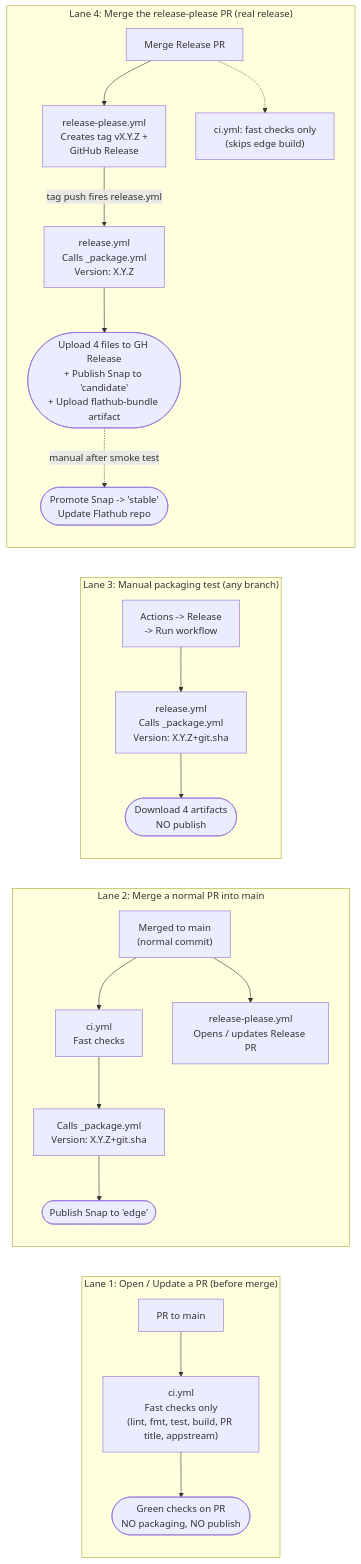
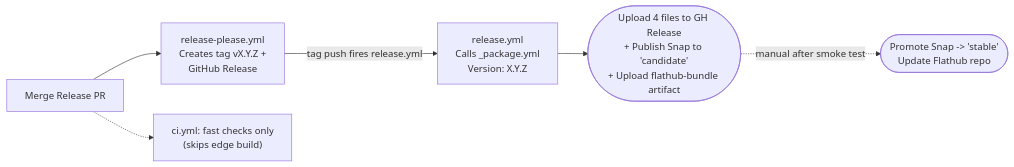
Before and after one commit to ariyadey/capturist: the third of 5 diagrams in docs/ci-cd-flow.md, drawn with Mermaid. The commit also changed other lines of this file, not shown here.

Commit message:
docs: reorder and separate CI/CD flow diagram lanes

````diff
--- a/docs/ci-cd-flow.md
+++ b/docs/ci-cd-flow.md
@@ -5,28 +26,8 @@
 ```mermaid
 flowchart LR
-    subgraph L1["Lane 1: Open / Update a PR (before merge)"]
-        PR_IN["PR to main"] --> PR_CI["ci.yml\nFast checks only\n(lint, fmt, test, build, PR title, appstream)"]
-        PR_CI --> PR_OUT(["Green checks on PR\nNO packaging, NO publish"])
-    end
-
-    subgraph L2["Lane 2: Merge a normal PR into main"]
-        M_IN["Merged to main\n(normal commit)"] --> M_CI["ci.yml\nFast checks"]
-        M_CI --> M_PKG["Calls _package.yml\nVersion: X.Y.Z+git.sha"]
-        M_PKG --> M_OUT(["Publish Snap to 'edge'"])
-
-        M_IN --> M_RP["release-please.yml\nOpens / updates Release PR"]
-    end
-
-    subgraph L3["Lane 3: Manual packaging test (any branch)"]
-        MAN_IN["Actions -> Release\n-> Run workflow"] --> MAN_PKG["release.yml\nCalls _package.yml\nVersion: X.Y.Z+git.sha"]
-        MAN_PKG --> MAN_OUT(["Download 4 artifacts\nNO publish"])
-    end
-
-    subgraph L4["Lane 4: Merge the release-please PR (real release)"]
-        R_IN["Merge Release PR"] --> R_RP["release-please.yml\nCreates tag vX.Y.Z +\nGitHub Release"]
-        R_IN -.-> R_SKIP["ci.yml: fast checks only\n(skips edge build)"]
-        R_RP -->|"tag push fires release.yml"| R_PKG["release.yml\nCalls _package.yml\nVersion: X.Y.Z"]
-        R_PKG --> R_OUT(["Upload 4 files to GH Release\n+ Publish Snap to 'candidate'\n+ Upload flathub-bundle artifact"])
-        R_OUT -.->|"manual after smoke test"| R_STABLE(["Promote Snap -> 'stable'\nUpdate Flathub repo"])
-    end
+    R_IN["Merge Release PR"] --> R_RP["release-please.yml\nCreates tag vX.Y.Z +\nGitHub Release"]
+    R_IN -.-> R_SKIP["ci.yml: fast checks only\n(skips edge build)"]
+    R_RP -->|"tag push fires release.yml"| R_PKG["release.yml\nCalls _package.yml\nVersion: X.Y.Z"]
+    R_PKG --> R_OUT(["Upload 4 files to GH Release\n+ Publish Snap to 'candidate'\n+ Upload flathub-bundle artifact"])
+    R_OUT -.->|"manual after smoke test"| R_STABLE(["Promote Snap -> 'stable'\nUpdate Flathub repo"])
 ```
````
